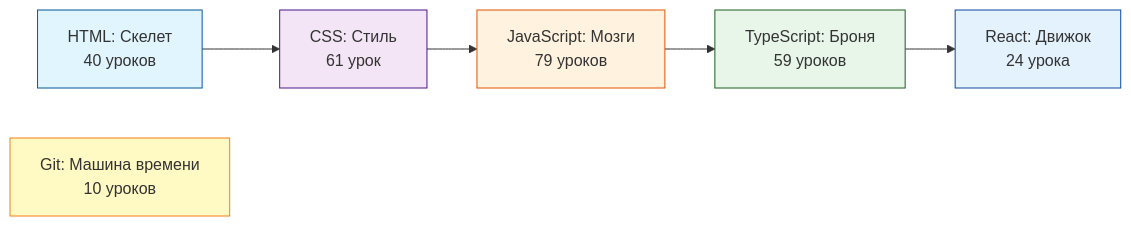
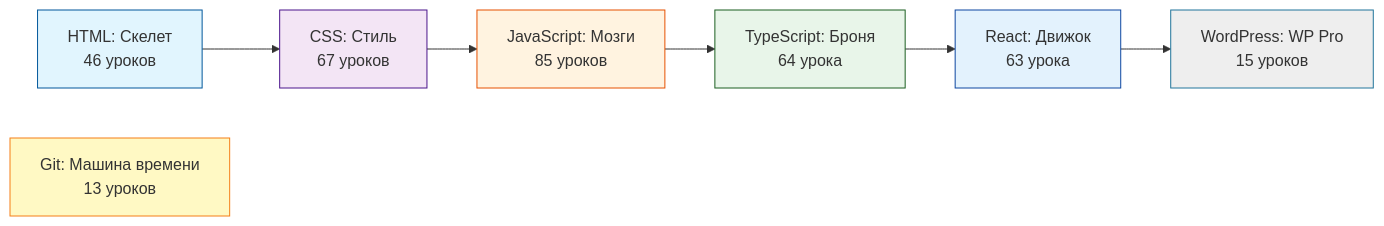
One commit to yasha-ai/yasha-learn-code changed the diagram in pages/index.mdx. Above: the diagram before and after it, drawn with Mermaid. The commit also changed other lines of this file, not shown here.

````diff
--- a/pages/index.mdx
+++ b/pages/index.mdx
@@ -9,16 +9,18 @@
 ```mermaid
 flowchart LR
-    HTML[HTML: Скелет<br/>40 уроков] --> CSS[CSS: Стиль<br/>61 урок]
-    CSS --> JS[JavaScript: Мозги<br/>79 уроков]
-    JS --> TS[TypeScript: Броня<br/>59 уроков]
-    TS --> React[React: Движок<br/>24 урока]
+    HTML[HTML: Скелет<br/>46 уроков] --> CSS[CSS: Стиль<br/>67 уроков]
+    CSS --> JS[JavaScript: Мозги<br/>85 уроков]
+    JS --> TS[TypeScript: Броня<br/>64 урока]
+    TS --> React[React: Движок<br/>63 урока]
+    React --> WP[WordPress: WP Pro<br/>15 уроков]
     
-    Git[Git: Машина времени<br/>10 уроков]
+    Git[Git: Машина времени<br/>13 уроков]
     
     style HTML fill:#e1f5fe,stroke:#01579b
     style CSS fill:#f3e5f5,stroke:#4a148c
     style JS fill:#fff3e0,stroke:#e65100
     style TS fill:#e8f5e9,stroke:#1b5e20
     style React fill:#e3f2fd,stroke:#0d47a1
     style Git fill:#fff9c4,stroke:#f57f17
+    style WP fill:#eeeeee,stroke:#21759b
 ```
````
